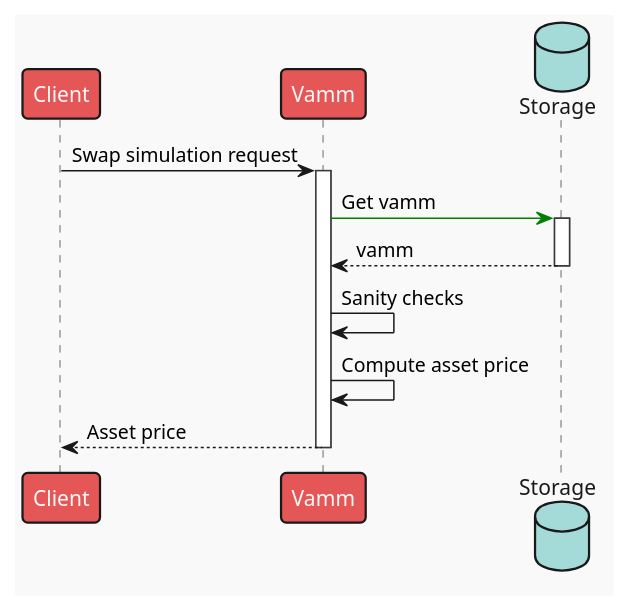
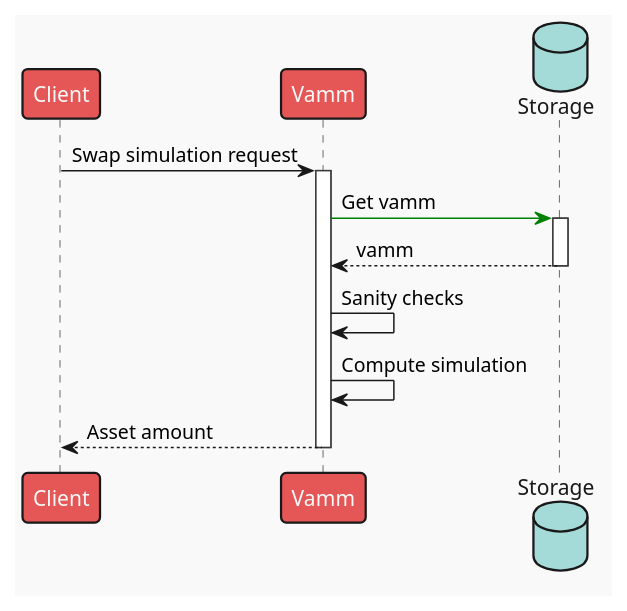
One commit to ComposableFi/composable changed the diagram in frame/vamm/diagrams/function_swap_simulation.plantuml. Above: the diagram before and after it, drawn with PlantUML. The commit also changed 2 other files, not shown here.

Commit message:
docs(vamm): Improve `swap_simulation` description

```diff
--- a/frame/vamm/diagrams/function_swap_simulation.plantuml
+++ b/frame/vamm/diagrams/function_swap_simulation.plantuml
@@ -1,16 +1,16 @@
 @startuml
 skinparam responseMessageBelowArrow true
 'autoactivate on
 !theme mars
 
 participant "Client" as client
 participant "Vamm" as vamm
 database "Storage" as svamm
 
 client -> vamm++: Swap simulation request
 vamm -[#green]> svamm++: Get vamm
 svamm --> vamm--: vamm
 vamm -> vamm: Sanity checks
-vamm -> vamm: Compute asset price
-vamm --> client--: Asset price
+vamm -> vamm: Compute simulation
+vamm --> client--: Asset amount
 @enduml
```
